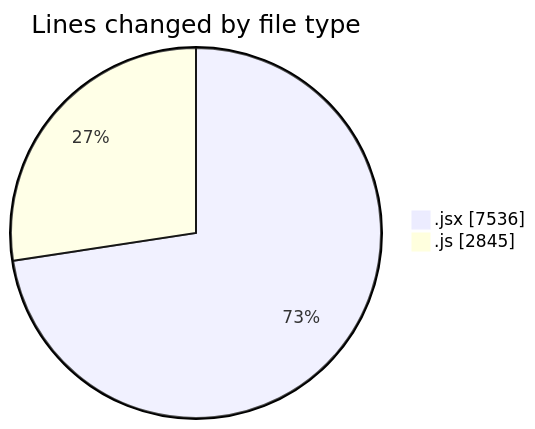
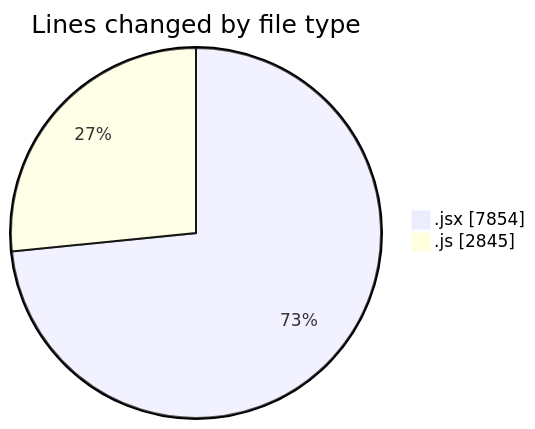
The first of 2 diagrams in 2025-08-04/nxtqube_webapp/README.md (nxtqubesakshisongat/code-tracking), drawn with Mermaid before and after one commit. The commit also changed other lines of this file and 1 other file, not shown here.

````diff
--- a/2025-08-04/nxtqube_webapp/README.md
+++ b/2025-08-04/nxtqube_webapp/README.md
@@ -44,6 +44,6 @@
 ```mermaid
 pie showData
 title Lines changed by file type
-".jsx" : 7536
+".jsx" : 7854
 ".js" : 2845
 ```
````
